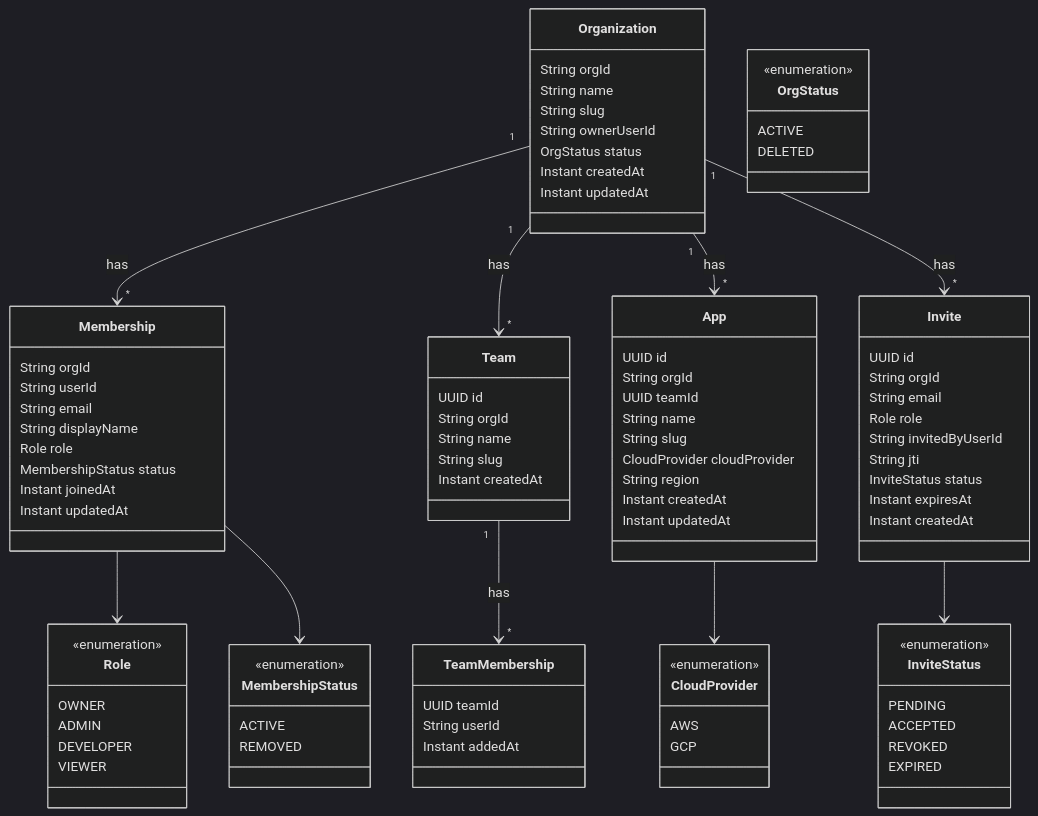
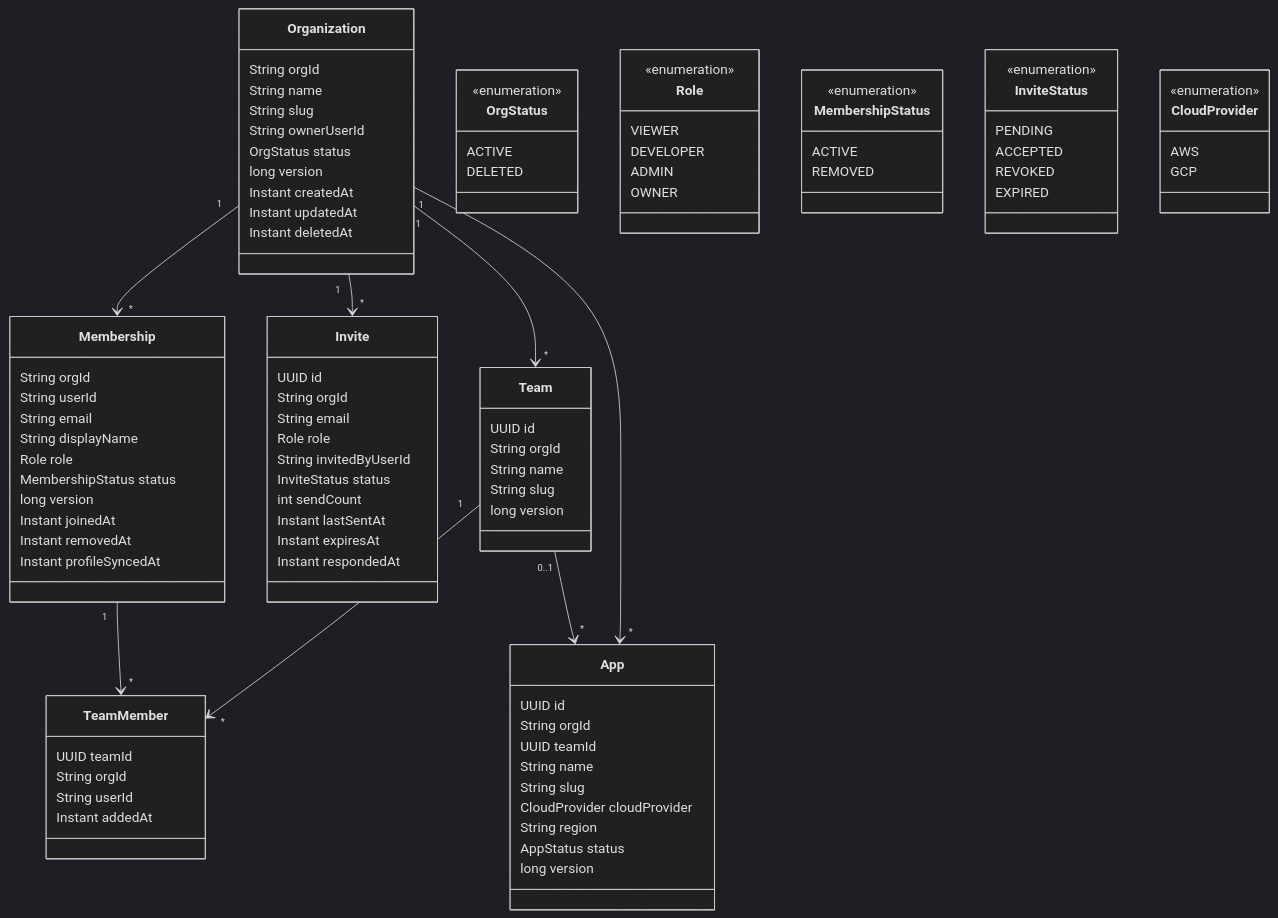
The second of 8 diagrams in docs/org-team-service/ARCHITECTURE.md (Wamitinewton/Pallet.io), drawn with Mermaid (dark theme) before and after one commit. The commit also changed other lines of this file and 4 other files, not shown here.

````diff
--- a/docs/org-team-service/ARCHITECTURE.md
+++ b/docs/org-team-service/ARCHITECTURE.md
@@ -151,16 +171,16 @@
         String slug
         String ownerUserId
         OrgStatus status
+        long version
         Instant createdAt
         Instant updatedAt
+        Instant deletedAt
     }
-
     class OrgStatus {
         <<enumeration>>
         ACTIVE
         DELETED
     }
-
     class Membership {
         String orgId
         String userId
@@ -168,36 +188,35 @@
         String displayName
         Role role
         MembershipStatus status
+        long version
         Instant joinedAt
-        Instant updatedAt
+        Instant removedAt
+        Instant profileSyncedAt
     }
-
     class Role {
         <<enumeration>>
+        VIEWER
+        DEVELOPER
+        ADMIN
         OWNER
-        ADMIN
-        DEVELOPER
-        VIEWER
     }
-
     class MembershipStatus {
         <<enumeration>>
         ACTIVE
         REMOVED
     }
-
     class Invite {
         UUID id
         String orgId
         String email
         Role role
         String invitedByUserId
-        String jti
         InviteStatus status
+        int sendCount
+        Instant lastSentAt
         Instant expiresAt
-        Instant createdAt
+        Instant respondedAt
     }
-
     class InviteStatus {
         <<enumeration>>
         PENDING
@@ -205,21 +224,19 @@
         REVOKED
         EXPIRED
     }
-
     class Team {
         UUID id
         String orgId
         String name
         String slug
-        Instant createdAt
+        long version
     }
-
-    class TeamMembership {
+    class TeamMember {
         UUID teamId
+        String orgId
         String userId
         Instant addedAt
     }
-
     class App {
         UUID id
         String orgId
@@ -228,23 +245,20 @@
         String slug
         CloudProvider cloudProvider
         String region
-        Instant createdAt
-        Instant updatedAt
+        AppStatus status
+        long version
     }
-
     class CloudProvider {
         <<enumeration>>
         AWS
         GCP
     }
 
-    Organization "1" --> "*" Membership : has
-    Organization "1" --> "*" Team : has
-    Organization "1" --> "*" App : has
-    Organization "1" --> "*" Invite : has
-    Membership --> Role
-    Membership --> MembershipStatus
-    Invite --> InviteStatus
-    Team "1" --> "*" TeamMembership : has
-    App --> CloudProvider
+    Organization "1" --> "*" Membership
+    Organization "1" --> "*" Invite
+    Organization "1" --> "*" Team
+    Organization "1" --> "*" App
+    Team "1" --> "*" TeamMember
+    Membership "1" --> "*" TeamMember
+    Team "0..1" --> "*" App
 ```
````
